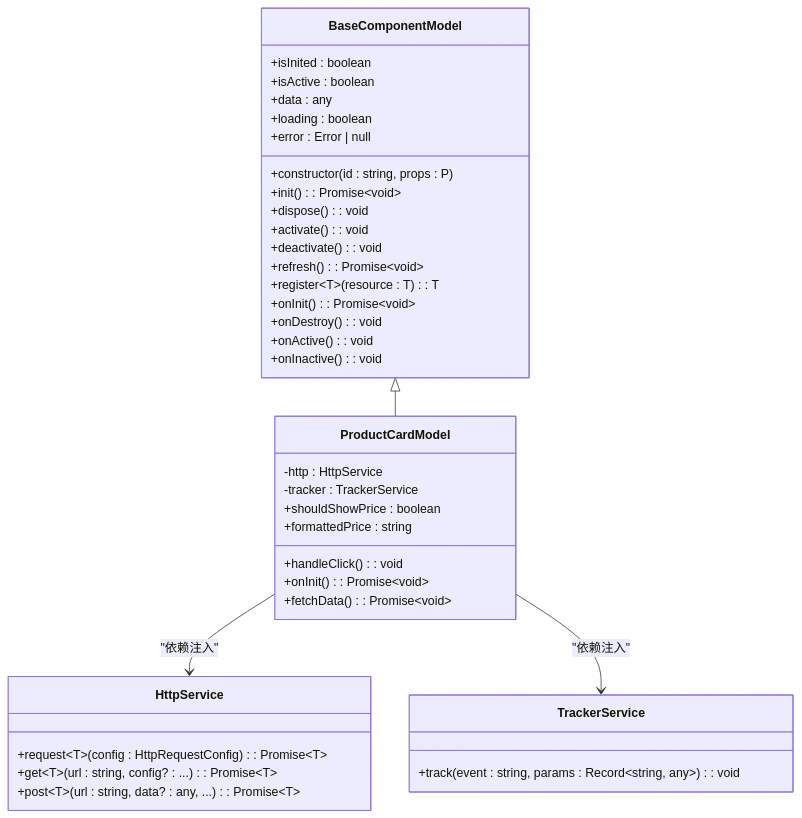
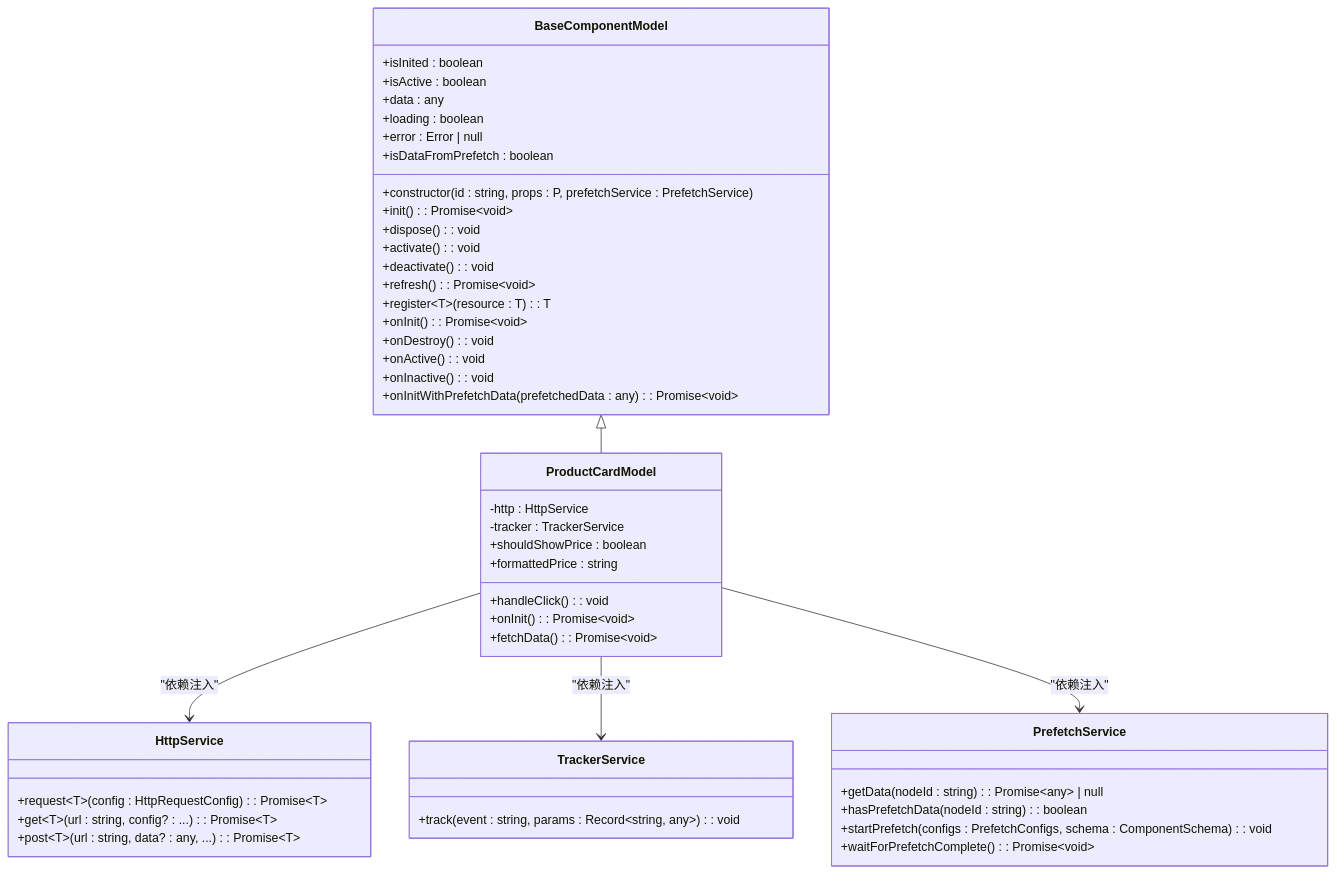
Before and after one commit to pomeloneo/mobile-builder-arch-demo: the second of 5 diagrams in .qoder/repowiki/zh/content/核心概念/组件模型.md, drawn with Mermaid. The commit also changed other lines of this file and 211 other files, not shown here.

````diff
--- a/.qoder/repowiki/zh/content/核心概念/组件模型.md
+++ b/.qoder/repowiki/zh/content/核心概念/组件模型.md
@@ -72,41 +84,50 @@
 ```mermaid
 classDiagram
 class BaseComponentModel {
 +isInited : boolean
 +isActive : boolean
 +data : any
 +loading : boolean
 +error : Error | null
-+constructor(id : string, props : P)
++constructor(id : string, props : P, prefetchService : PrefetchService)
 +init() : Promise~void~
 +dispose() : void
 +activate() : void
 +deactivate() : void
 +refresh() : Promise~void~
 +register~T~(resource : T) : T
 +onInit() : Promise~void~
 +onDestroy() : void
 +onActive() : void
 +onInactive() : void
++onInitWithPrefetchData(prefetchedData : any) : Promise~void~
++isDataFromPrefetch : boolean
 }
 class ProductCardModel {
 -http : HttpService
 -tracker : TrackerService
 +handleClick() : void
 +shouldShowPrice : boolean
 +formattedPrice : string
 +onInit() : Promise~void~
 +fetchData() : Promise~void~
 }
 class HttpService {
 +request~T~(config : HttpRequestConfig) : Promise~T~
 +get~T~(url : string, config? : ...) : Promise~T~
 +post~T~(url : string, data? : any, ...) : Promise~T~
 }
 class TrackerService {
 +track(event : string, params : Record~string, any~) : void
 }
+class PrefetchService {
++getData(nodeId : string) : Promise~any~ | null
++hasPrefetchData(nodeId : string) : boolean
++startPrefetch(configs : PrefetchConfigs, schema : ComponentSchema) : void
++waitForPrefetchComplete() : Promise~void~
+}
 BaseComponentModel <|-- ProductCardModel
 ProductCardModel --> HttpService : "依赖注入"
 ProductCardModel --> TrackerService : "依赖注入"
+ProductCardModel --> PrefetchService : "依赖注入"
 ```
````
